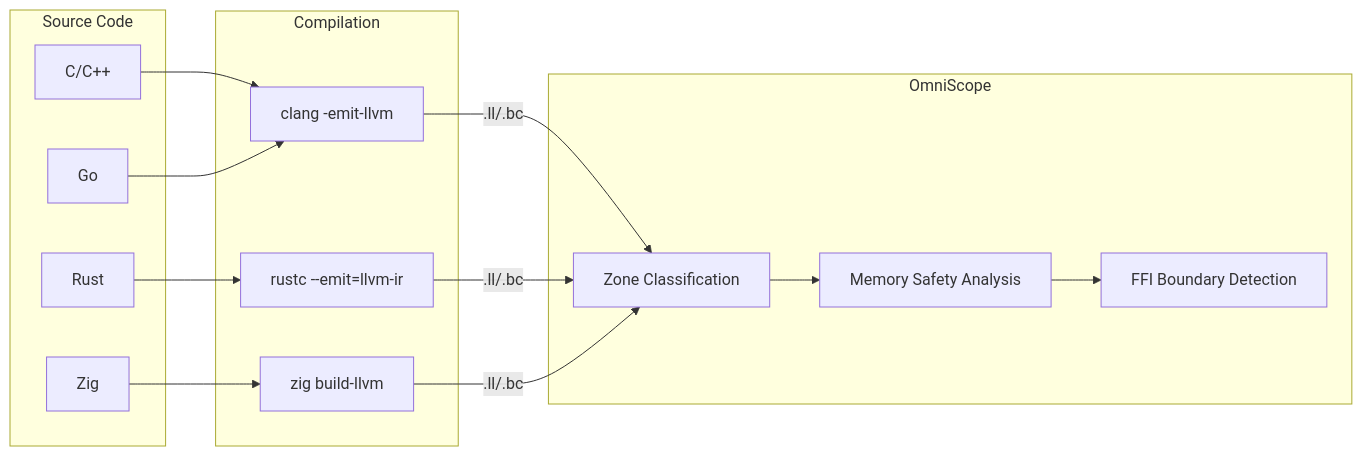
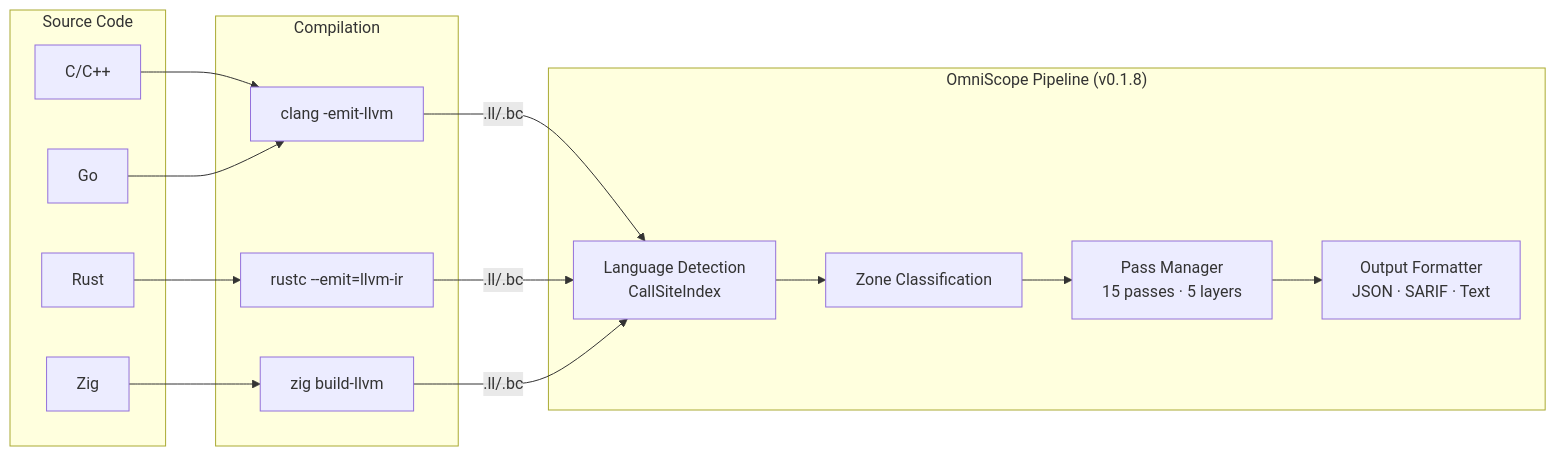
Before and after one commit to Timwood0x10/OmniScope: the second of 3 diagrams in README.md, drawn with Mermaid. The commit also changed other lines of this file and 30 other files, not shown here.

````diff
--- a/README.md
+++ b/README.md
@@ -114,27 +114,28 @@
 ```mermaid
 flowchart LR
     subgraph Source["Source Code"]
         Rust[Rust]
         Cpp[C/C++]
         Zig[Zig]
         Go[Go]
     end
 
     subgraph Compile["Compilation"]
         C1[clang -emit-llvm]
         C2[rustc --emit=llvm-ir]
         C3[zig build-llvm]
     end
 
-    subgraph Analysis["OmniScope"]
-        A1[Zone Classification]
-        A2[Memory Safety Analysis]
-        A3[FFI Boundary Detection]
+    subgraph Pipeline["OmniScope Pipeline (v0.1.8)"]
+        Pre[Language Detection<br/>CallSiteIndex]
+        ZC[Zone Classification]
+        PM[Pass Manager<br/>15 passes · 5 layers]
+        Out[Output Formatter<br/>JSON · SARIF · Text]
     end
 
     Rust --> C2
     Cpp --> C1
     Zig --> C3
     Go --> C1
-    C1 & C2 & C3 --> |.ll/.bc| A1 --> A2 --> A3
+    C1 & C2 & C3 --> |.ll/.bc| Pre --> ZC --> PM --> Out
 ```
````
